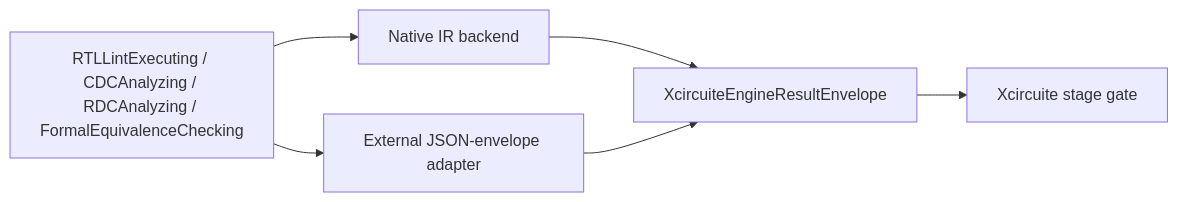
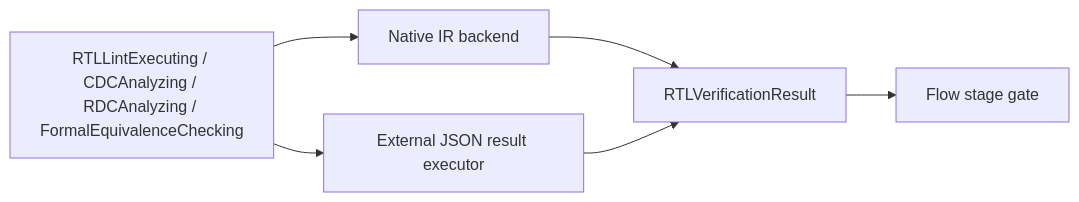
The diagram in DESIGN.md (1amageek/RTLVerificationEngine), drawn with Mermaid before and after one commit. The commit also changed other lines of this file and 79 other files, not shown here.

````diff
--- a/DESIGN.md
+++ b/DESIGN.md
@@ -35,9 +35,9 @@
 ```mermaid
 flowchart LR
   Protocol["RTLLintExecuting / CDCAnalyzing / RDCAnalyzing / FormalEquivalenceChecking"]
   Protocol --> Native["Native IR backend"]
-  Protocol --> External["External JSON-envelope adapter"]
-  Native --> Envelope["XcircuiteEngineResultEnvelope"]
-  External --> Envelope
-  Envelope --> Gate["Xcircuite stage gate"]
+  Protocol --> External["External JSON result executor"]
+  Native --> Result["RTLVerificationResult"]
+  External --> Result
+  Result --> Gate["Flow stage gate"]
 ```
````
